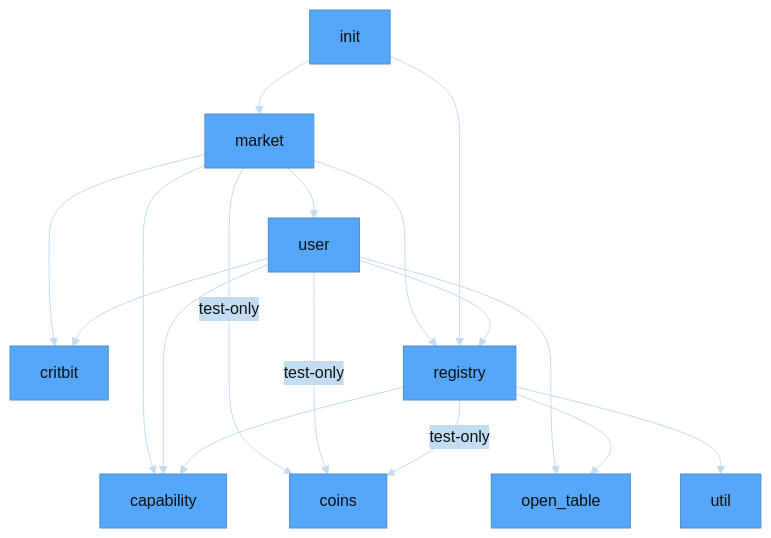
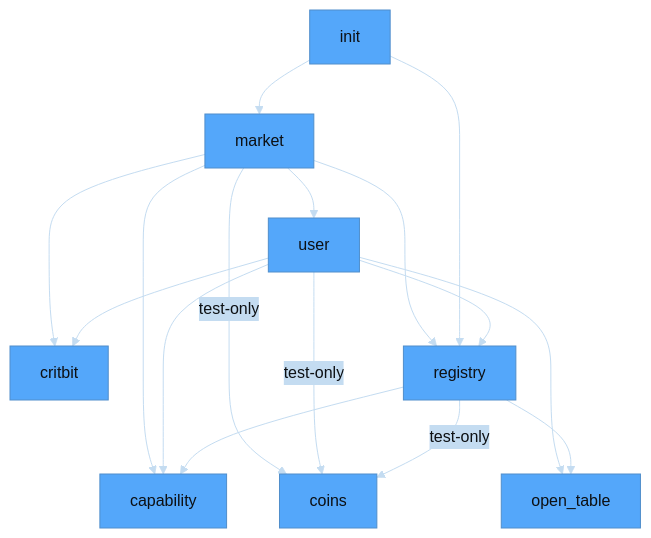
One commit to econia-labs/econia changed the diagram in doc/doc-site/modules.md. Above: the diagram before and after it, drawn with Mermaid. The commit also changed other lines of this file and 5 other files, not shown here.

````diff
--- a/doc/doc-site/modules.md
+++ b/doc/doc-site/modules.md
@@ -17,24 +16,23 @@
 ```mermaid
 
 %%{init: {'theme': 'base', 'themeVariables': {'primaryColor': '#54a7fa', 'lineColor': '#c4dcf1', 'primaryTextColor': '#0d1013', 'secondaryColor': '#c4dcf1'}}}%%
 
 flowchart TD
 
     market --> critbit
     market --> registry
     market --> capability
     market --> |test-only| coins
     market --> user
     init --> registry
     init --> market
     user --> capability
     user --> critbit
     user --> open_table
     user --> registry
     user --> |test-only| coins
     registry --> capability
     registry --> |test-only| coins
     registry --> open_table
-    registry --> util
 
 ```
````
